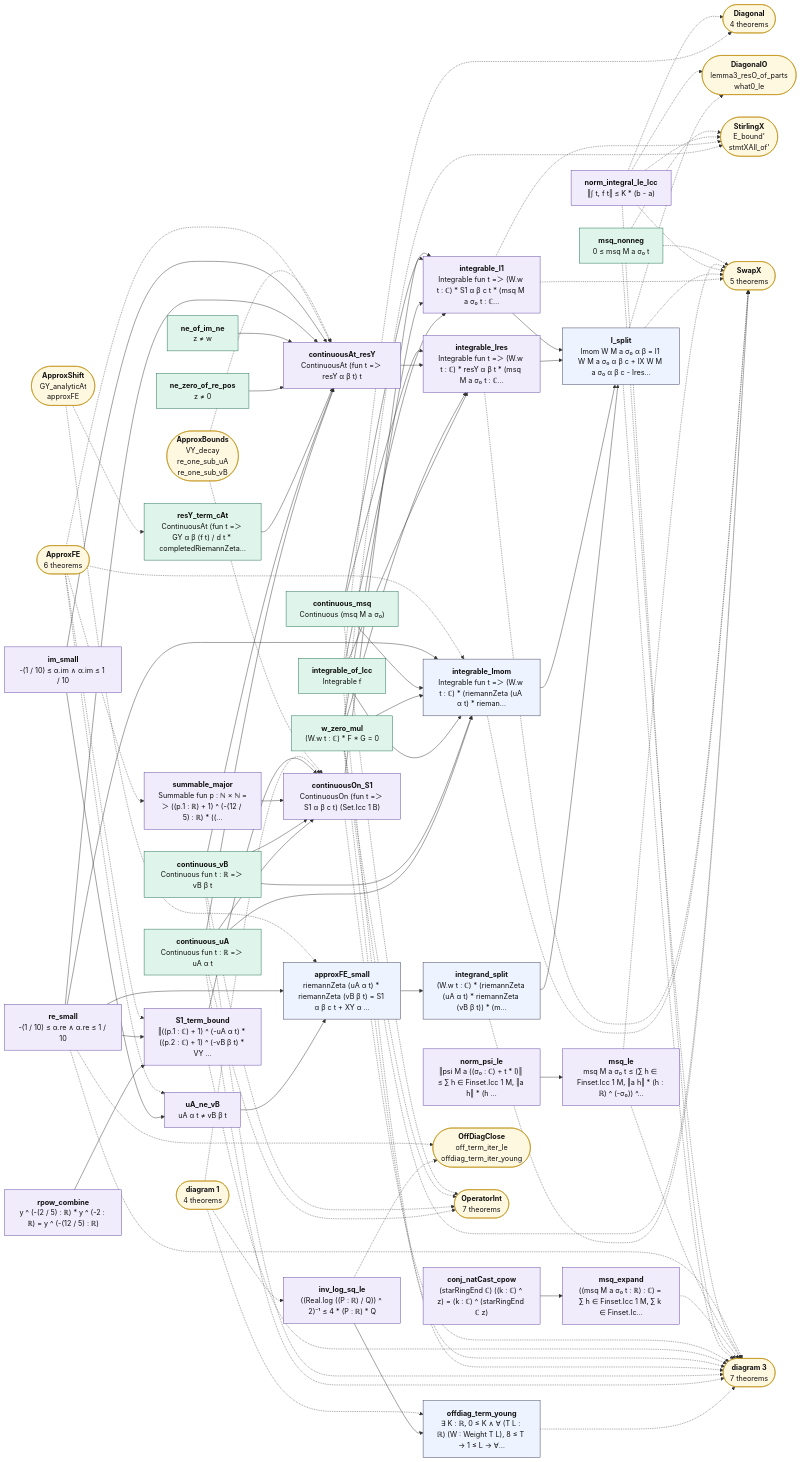
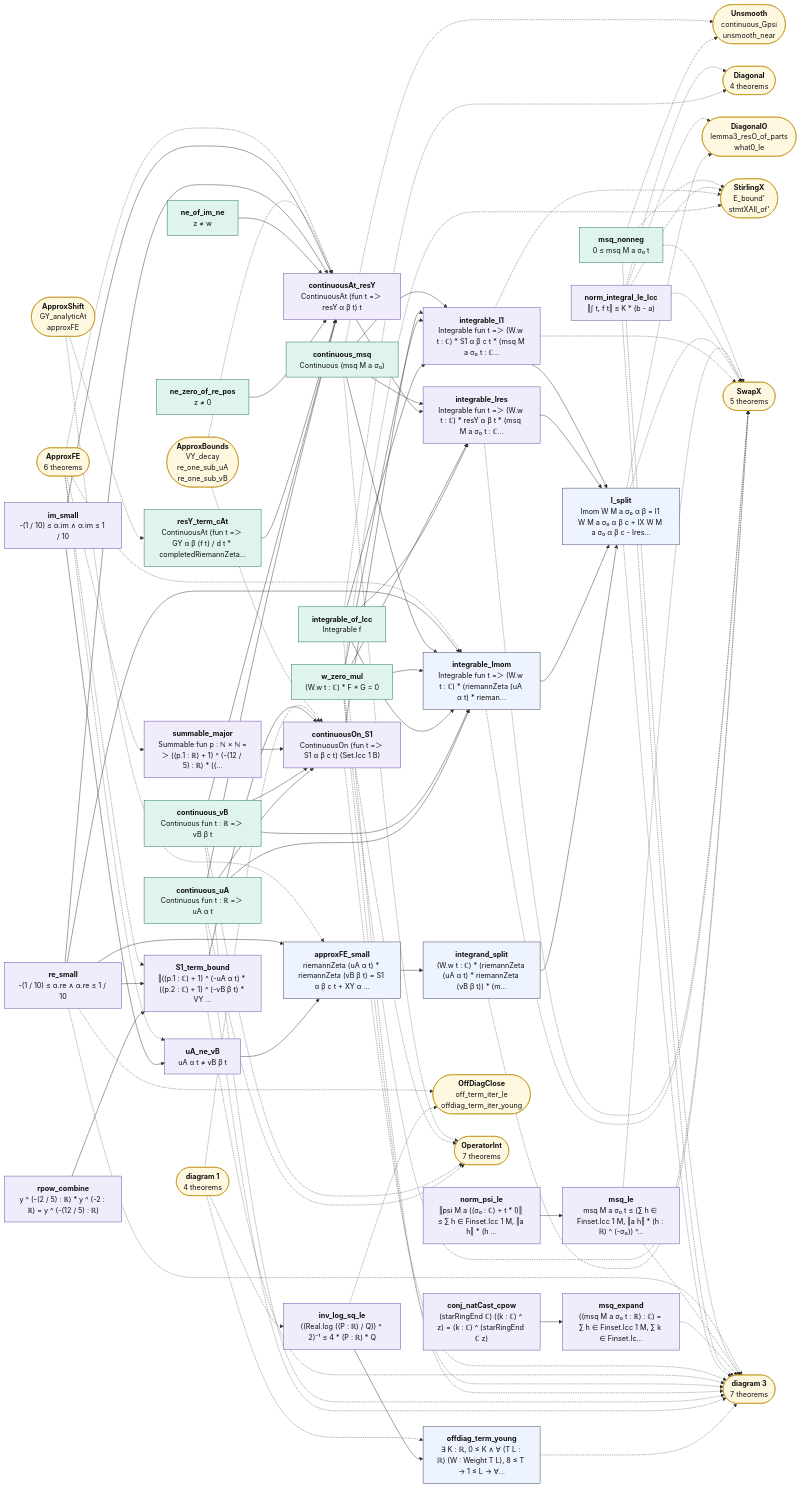
One commit to juliansambranojr/Primebeat_081426 changed the diagram in map/lean_stage3/TwistedMoment.2.mmd. Above: the diagram before and after it, drawn with Mermaid. The commit also changed 36 other files, not shown here.

```diff
--- a/map/lean_stage3/TwistedMoment.2.mmd
+++ b/map/lean_stage3/TwistedMoment.2.mmd
@@ -1,136 +1,139 @@
 flowchart LR
   n0["<b>inv_log_sq_le</b><br/>((Real.log ((P : ℝ) / Q)) ^ 2)⁻¹ ≤ 4 * (P : ℝ) * Q"]:::shp
   n1["<b>offdiag_term_young</b><br/>∃ K : ℝ, 0 ≤ K ∧ ∀ (T L : ℝ) (W : Weight T L), 8 ≤ T → 1 ≤ L → ∀…"]:::thm
   n2["<b>conj_natCast_cpow</b><br/>(starRingEnd ℂ) ((k : ℂ) ^ z) = (k : ℂ) ^ (starRingEnd ℂ z)"]:::shp
   n3["<b>msq_expand</b><br/>((msq M a σ₀ t : ℝ) : ℂ) = ∑ h ∈ Finset.Icc 1 M, ∑ k ∈ Finset.Ic…"]:::shp
   n4["<b>norm_psi_le</b><br/>‖psi M a ((σ₀ : ℂ) + t * I)‖ ≤ ∑ h ∈ Finset.Icc 1 M, ‖a h‖ * (h …"]:::shp
   n5["<b>msq_le</b><br/>msq M a σ₀ t ≤ (∑ h ∈ Finset.Icc 1 M, ‖a h‖ * (h : ℝ) ^ (-σ₀)) ^…"]:::shp
   n6["<b>msq_nonneg</b><br/>0 ≤ msq M a σ₀ t"]:::cnt
   n7["<b>continuous_msq</b><br/>Continuous (msq M a σ₀)"]:::cnt
   n8["<b>re_small</b><br/>-(1 / 10) ≤ α.re ∧ α.re ≤ 1 / 10"]:::shp
   n9["<b>im_small</b><br/>-(1 / 10) ≤ α.im ∧ α.im ≤ 1 / 10"]:::shp
   n10["<b>uA_ne_vB</b><br/>uA α t ≠ vB β t"]:::shp
   n11["<b>approxFE_small</b><br/>riemannZeta (uA α t) * riemannZeta (vB β t) = S1 α β c t + XY α …"]:::thm
   n12["<b>integrand_split</b><br/>(W.w t : ℂ) * (riemannZeta (uA α t) * riemannZeta (vB β t)) * (m…"]:::thm
   n13["<b>continuous_uA</b><br/>Continuous fun t : ℝ =＞ uA α t"]:::cnt
   n14["<b>continuous_vB</b><br/>Continuous fun t : ℝ =＞ vB β t"]:::cnt
   n15["<b>integrable_of_Icc</b><br/>Integrable f"]:::cnt
   n16["<b>w_zero_mul</b><br/>(W.w t : ℂ) * F * G = 0"]:::cnt
   n17["<b>integrable_Imom</b><br/>Integrable fun t =＞ (W.w t : ℂ) * (riemannZeta (uA α t) * rieman…"]:::thm
   n18["<b>resY_term_cAt</b><br/>ContinuousAt (fun t =＞ GY α β (f t) / d t * completedRiemannZeta…"]:::cnt
   n19["<b>ne_zero_of_re_pos</b><br/>z ≠ 0"]:::cnt
   n20["<b>ne_of_im_ne</b><br/>z ≠ w"]:::cnt
   n21["<b>continuousAt_resY</b><br/>ContinuousAt (fun t =＞ resY α β t) t"]:::shp
   n22["<b>integrable_Ires</b><br/>Integrable fun t =＞ (W.w t : ℂ) * resY α β t * (msq M a σ₀ t : ℂ…"]:::shp
   n23["<b>summable_major</b><br/>Summable fun p : ℕ × ℕ =＞ ((p.1 : ℝ) + 1) ^ (-(12 / 5) : ℝ) * ((…"]:::shp
   n24["<b>rpow_combine</b><br/>y ^ (-(2 / 5) : ℝ) * y ^ (-2 : ℝ) = y ^ (-(12 / 5) : ℝ)"]:::shp
   n25["<b>S1_term_bound</b><br/>‖((p.1 : ℂ) + 1) ^ (-uA α t) * ((p.2 : ℂ) + 1) ^ (-vB β t) * VY …"]:::shp
   n26["<b>continuousOn_S1</b><br/>ContinuousOn (fun t =＞ S1 α β c t) (Set.Icc 1 B)"]:::shp
   n27["<b>integrable_I1</b><br/>Integrable fun t =＞ (W.w t : ℂ) * S1 α β c t * (msq M a σ₀ t : ℂ…"]:::shp
   n28["<b>I_split</b><br/>Imom W M a σ₀ α β = I1 W M a σ₀ α β c + IX W M a σ₀ α β c - Ires…"]:::thm
   n29["<b>norm_integral_le_Icc</b><br/>‖∫ t, f t‖ ≤ K * (b - a)"]:::shp
   x0(["<b>diagram 1</b><br/>4 theorems"]):::ext
   x1(["<b>OffDiagClose</b><br/>off_term_iter_le<br/>offdiag_term_iter_young"]):::ext
   x2(["<b>diagram 3</b><br/>7 theorems"]):::ext
   x3(["<b>SwapX</b><br/>5 theorems"]):::ext
   x4(["<b>StirlingX</b><br/>E_bound'<br/>stmtXAll_of'"]):::ext
-  x5(["<b>OperatorInt</b><br/>7 theorems"]):::ext
-  x6(["<b>ApproxFE</b><br/>6 theorems"]):::ext
-  x7(["<b>ApproxShift</b><br/>GY_analyticAt<br/>approxFE"]):::ext
-  x8(["<b>Diagonal</b><br/>4 theorems"]):::ext
-  x9(["<b>ApproxBounds</b><br/>VY_decay<br/>re_one_sub_uA<br/>re_one_sub_vB"]):::ext
-  x10(["<b>DiagonalO</b><br/>lemma3_resO_of_parts<br/>what0_le"]):::ext
+  x5(["<b>Unsmooth</b><br/>continuous_Gpsi<br/>unsmooth_near"]):::ext
+  x6(["<b>OperatorInt</b><br/>7 theorems"]):::ext
+  x7(["<b>ApproxFE</b><br/>6 theorems"]):::ext
+  x8(["<b>ApproxShift</b><br/>GY_analyticAt<br/>approxFE"]):::ext
+  x9(["<b>Diagonal</b><br/>4 theorems"]):::ext
+  x10(["<b>ApproxBounds</b><br/>VY_decay<br/>re_one_sub_uA<br/>re_one_sub_vB"]):::ext
+  x11(["<b>DiagonalO</b><br/>lemma3_resO_of_parts<br/>what0_le"]):::ext
   n0 --> n1
   n10 --> n11
   n11 --> n12
   n12 --> n28
   n13 --> n17
   n13 --> n21
   n13 --> n26
   n14 --> n17
   n14 --> n21
   n14 --> n26
   n15 --> n17
   n15 --> n22
   n15 --> n27
   n16 --> n17
   n16 --> n22
   n16 --> n27
   n17 --> n28
   n18 --> n21
   n19 --> n21
   n2 --> n3
   n20 --> n21
   n21 --> n22
   n22 --> n28
   n23 --> n26
   n24 --> n25
   n25 --> n26
   n26 --> n27
   n27 --> n28
   n4 --> n5
   n7 --> n17
   n7 --> n22
   n7 --> n27
   n8 --> n11
   n8 --> n17
   n8 --> n21
   n8 --> n25
   n9 --> n10
   n9 --> n21
   n0 -.-> x1
   n1 -.-> x2
   n12 -.-> x3
   n13 -.-> x2
-  n13 -.-> x5
+  n13 -.-> x6
   n14 -.-> x2
-  n14 -.-> x5
+  n14 -.-> x6
   n15 -.-> x2
-  n15 -.-> x8
+  n15 -.-> x9
   n16 -.-> x2
   n16 -.-> x3
   n16 -.-> x4
-  n16 -.-> x5
+  n16 -.-> x6
   n17 -.-> x3
   n22 -.-> x3
   n25 -.-> x2
   n26 -.-> x2
   n27 -.-> x3
   n27 -.-> x4
-  n28 -.-> x10
+  n28 -.-> x11
   n28 -.-> x2
   n28 -.-> x3
-  n29 -.-> x10
+  n29 -.-> x11
   n29 -.-> x2
   n29 -.-> x3
   n29 -.-> x4
-  n29 -.-> x8
+  n29 -.-> x9
   n3 -.-> x2
   n5 -.-> x2
   n5 -.-> x3
   n6 -.-> x2
   n6 -.-> x3
   n6 -.-> x4
+  n6 -.-> x5
   n7 -.-> x5
+  n7 -.-> x6
   n8 -.-> x1
   n8 -.-> x2
   x0 -.-> n0
   x0 -.-> n1
   x0 -.-> n26
-  x6 -.-> n10
-  x6 -.-> n17
-  x6 -.-> n21
-  x6 -.-> n23
-  x6 -.-> n25
-  x7 -.-> n11
-  x7 -.-> n18
-  x9 -.-> n21
-  x9 -.-> n26
+  x10 -.-> n21
+  x10 -.-> n26
+  x7 -.-> n10
+  x7 -.-> n17
+  x7 -.-> n21
+  x7 -.-> n23
+  x7 -.-> n25
+  x8 -.-> n11
+  x8 -.-> n18
   classDef cnt fill:#dff5ec,stroke:#17694a,color:#111
   classDef shp fill:#f1ecfb,stroke:#5b3fa0,color:#111
   classDef rh fill:#ffe5e5,stroke:#c22,color:#111,stroke-width:2px
   classDef thm fill:#eef4ff,stroke:#335,color:#111
   classDef end_ fill:#e7f7e7,stroke:#2a7,color:#111,stroke-width:2px
   classDef lone fill:#fff,stroke:#999,color:#111,stroke-dasharray:4 3
   classDef bad fill:#ffe5e5,stroke:#c22,color:#111,stroke-width:2px
   classDef ext fill:#fff8e1,stroke:#b80,color:#111
```
